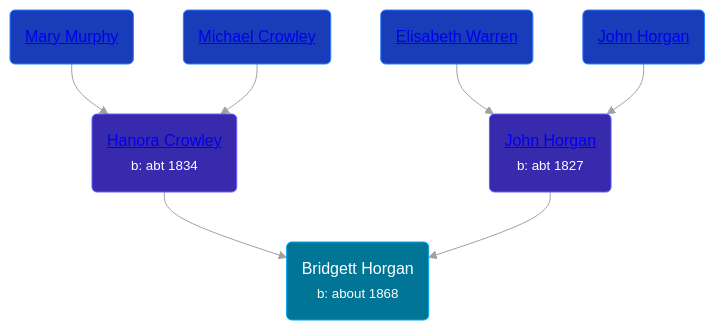
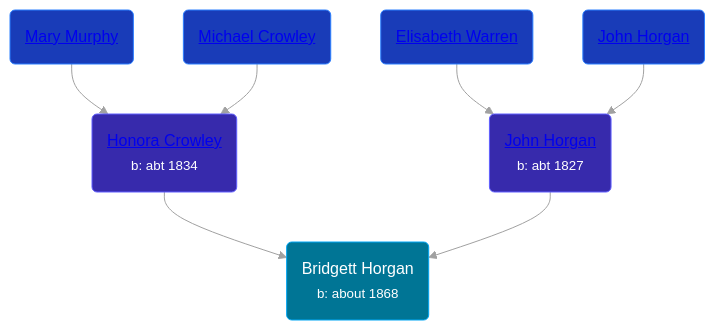
The diagram in pages/people/3/30208492.md (wpmgotkh/wpmgotkh.github.io), drawn with Mermaid before and after one commit. The commit also changed other lines of this file and 257 other files, not shown here.

````diff
--- a/pages/people/3/30208492.md
+++ b/pages/people/3/30208492.md
@@ -10,14 +10,14 @@
 ```mermaid
 graph
 classDef grands fill:#193cb8,stroke:#2b7fff,stroke-width:1px,color:#fff;
 classDef parents fill:#372aac,stroke:#615fff,stroke-width:1px,color:#fff;
 classDef primary fill:#007595,stroke:#00a6f4,stroke-width:1px,color:#fff;
 30208492(Bridgett Horgan<br /><small>b: about 1868</small>):::primary
-72193795(<a class="text-white" href="/people/7/72193795">Hanora Crowley</a><br /><small>b: abt 1834</small>):::parents-->30208492
+72193795(<a class="text-white" href="/people/7/72193795">Honora Crowley</a><br /><small>b: abt 1834</small>):::parents-->30208492
 62618528(<a class="text-white" href="/people/6/62618528">Mary Murphy</a>):::grands-->72193795
 58336236(<a class="text-white" href="/people/5/58336236">Michael Crowley</a>):::grands-->72193795
 54161773(<a class="text-white" href="/people/5/54161773">John Horgan</a><br /><small>b: abt 1827</small>):::parents-->30208492
 68775768(<a class="text-white" href="/people/6/68775768">Elisabeth Warren</a>):::grands-->54161773
 42410084(<a class="text-white" href="/people/4/42410084">John Horgan</a>):::grands-->54161773
 linkStyle default stroke:#a1a1a1
 ```
````
